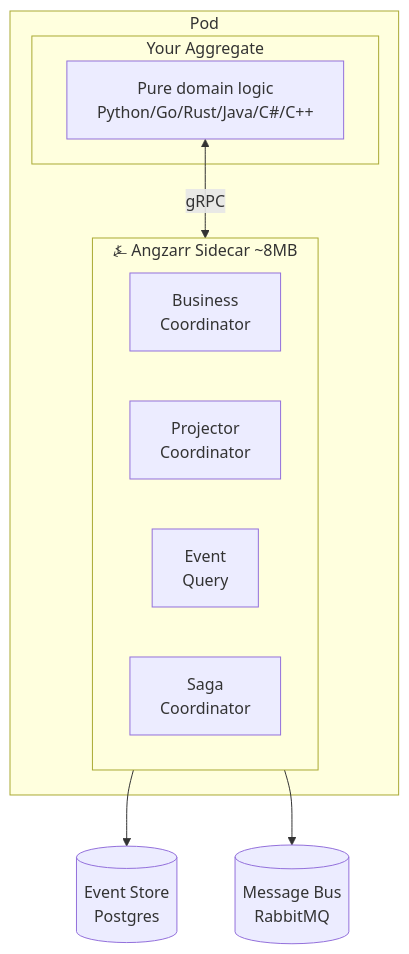
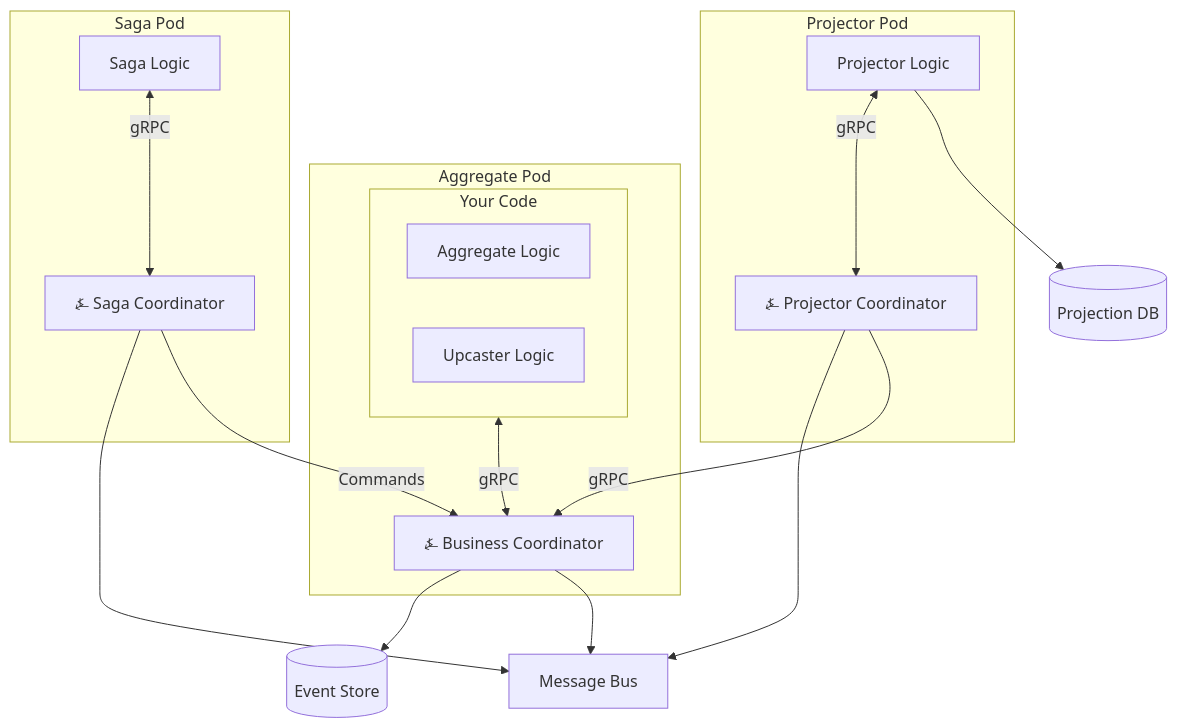
One commit to benjaminabbitt/angzarr changed the second of 3 diagrams in docs/docs/architecture.md. Above: the diagram before and after it, drawn with Mermaid. The commit also changed other lines of this file, not shown here.

Commit message:
Fix sidecar deployment diagram: show separate pods with appropriate coordinators

````diff
--- a/docs/docs/architecture.md
+++ b/docs/docs/architecture.md
@@ -99,17 +99,31 @@
 ```mermaid
 flowchart TB
-    subgraph Pod
-        subgraph YourCode[Your Aggregate]
-            Logic[Pure domain logic<br/>Python/Go/Rust/Java/C#/C++]
+    subgraph AggPod[Aggregate Pod]
+        subgraph AggCode[Your Code]
+            Agg[Aggregate Logic]
+            Upc[Upcaster Logic]
         end
-        subgraph Sidecar[⍼ Angzarr Sidecar ~8MB]
-            BC[Business<br/>Coordinator]
-            PC[Projector<br/>Coordinator]
-            EQ[Event<br/>Query]
-            SC[Saga<br/>Coordinator]
-        end
-        Logic <-->|gRPC| Sidecar
+        AggSidecar[⍼ Business Coordinator]
+        AggCode <-->|gRPC| AggSidecar
     end
-    Sidecar --> ES[(Event Store<br/>Postgres)]
-    Sidecar --> MB[(Message Bus<br/>RabbitMQ)]
+
+    subgraph SagaPod[Saga Pod]
+        Saga[Saga Logic]
+        SagaSidecar[⍼ Saga Coordinator]
+        Saga <-->|gRPC| SagaSidecar
+    end
+
+    subgraph PrjPod[Projector Pod]
+        Prj[Projector Logic]
+        PrjSidecar[⍼ Projector Coordinator]
+        Prj <-->|gRPC| PrjSidecar
+    end
+
+    AggSidecar --> ES[(Event Store)]
+    AggSidecar --> MB[Message Bus]
+    SagaSidecar --> MB
+    SagaSidecar -->|Commands| AggSidecar
+    PrjSidecar --> MB
+    PrjSidecar -->|gRPC| AggSidecar
+    Prj --> PrjDB[(Projection DB)]
 ```
````
